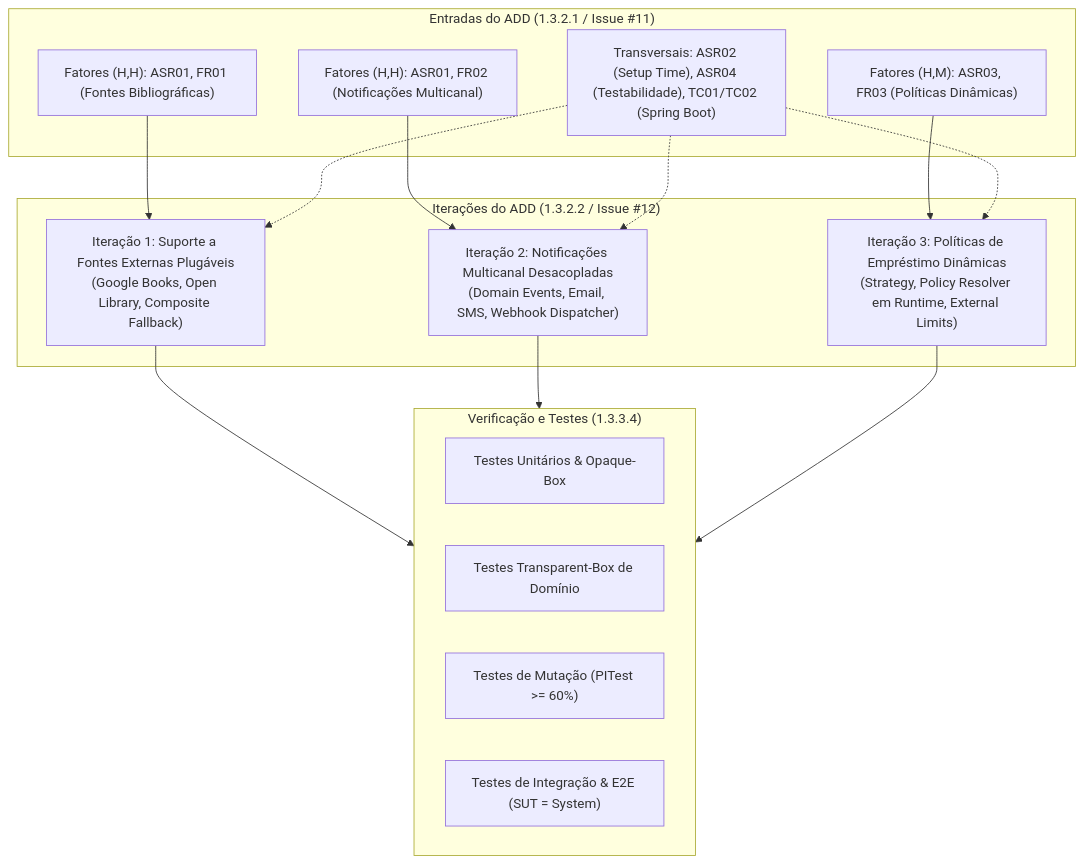
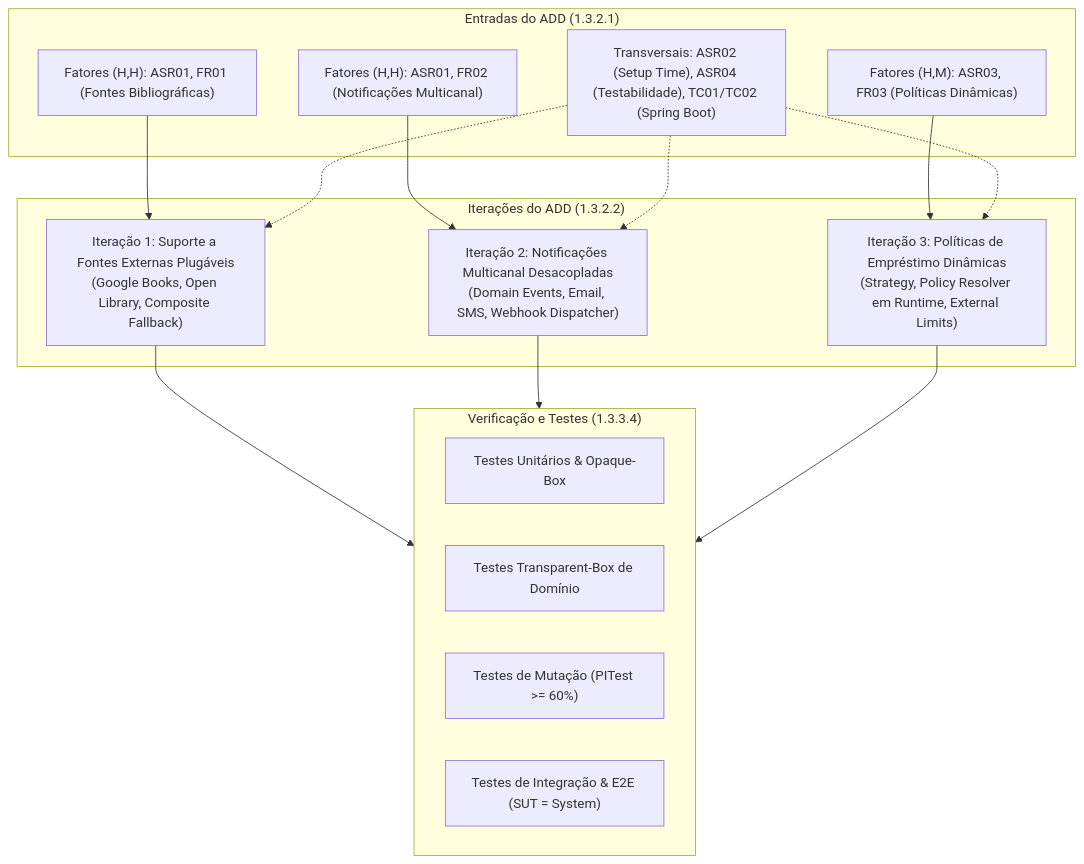
One commit to RafaelBrandao04/psoft-project-2026-1 changed the diagram in Docs/ARQSOFT/system-to-be/architectural-factors.md. Above: the diagram before and after it, drawn with Mermaid. The commit also changed other lines of this file and 7 other files, not shown here.

````diff
--- a/Docs/ARQSOFT/system-to-be/architectural-factors.md
+++ b/Docs/ARQSOFT/system-to-be/architectural-factors.md
@@ -142,33 +142,33 @@
 ```mermaid
 flowchart TD
-    subgraph Inputs["Entradas do ADD (1.3.2.1 / Issue #11)"]
+    subgraph Inputs["Entradas do ADD (1.3.2.1)"]
         F1["Fatores (H,H): ASR01, FR01 (Fontes Bibliográficas)"]
         F2["Fatores (H,H): ASR01, FR02 (Notificações Multicanal)"]
         F3["Fatores (H,M): ASR03, FR03 (Políticas Dinâmicas)"]
         FTrans["Transversais: ASR02 (Setup Time), ASR04 (Testabilidade), TC01/TC02 (Spring Boot)"]
     end
 
-    subgraph Iterations["Iterações do ADD (1.3.2.2 / Issue #12)"]
+    subgraph Iterations["Iterações do ADD (1.3.2.2)"]
         IT1["Iteração 1: Suporte a Fontes Externas Plugáveis<br/>(Google Books, Open Library, Composite Fallback)"]
         IT2["Iteração 2: Notificações Multicanal Desacopladas<br/>(Domain Events, Email, SMS, Webhook Dispatcher)"]
         IT3["Iteração 3: Políticas de Empréstimo Dinâmicas<br/>(Strategy, Policy Resolver em Runtime, External Limits)"]
     end
 
     subgraph Verification["Verificação e Testes (1.3.3.4)"]
         T1["Testes Unitários & Opaque-Box"]
         T2["Testes Transparent-Box de Domínio"]
         T3["Testes de Mutação (PITest >= 60%)"]
         T4["Testes de Integração & E2E (SUT = System)"]
     end
 
     F1 --> IT1
     F2 --> IT2
     F3 --> IT3
     FTrans -.-> IT1
     FTrans -.-> IT2
     FTrans -.-> IT3
 
     IT1 --> Verification
     IT2 --> Verification
     IT3 --> Verification
 ```
````
